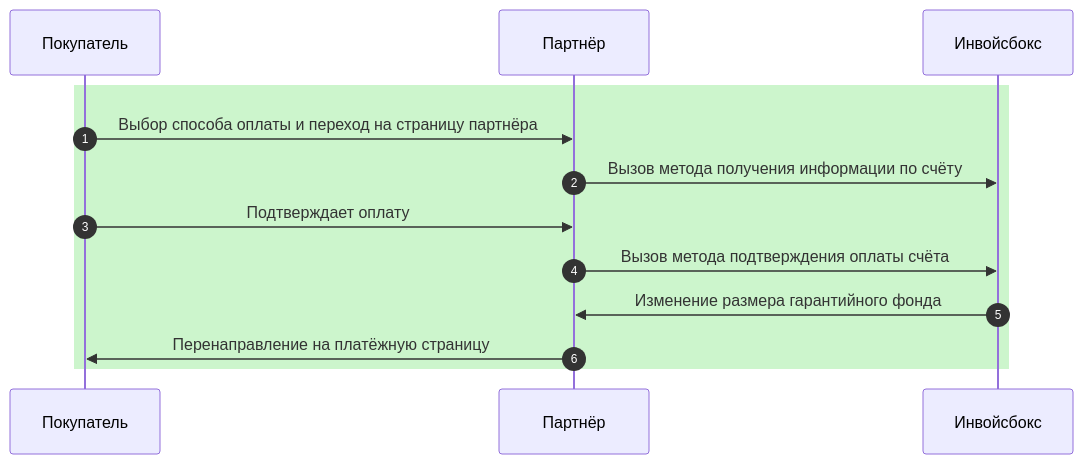
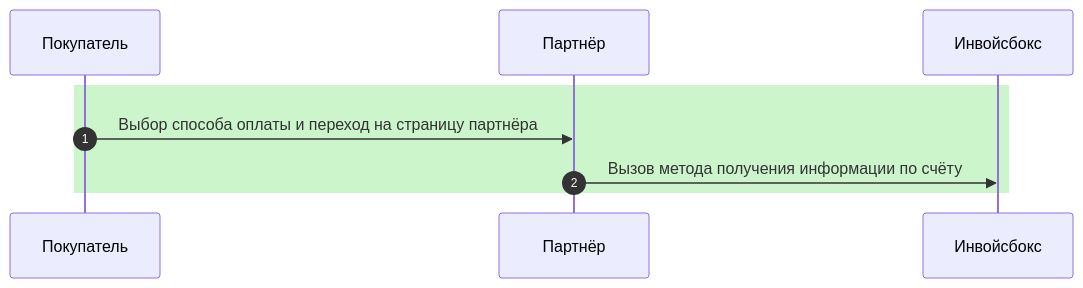
Before and after one commit to YIGRIKY/invoicebox-docs: the diagram in docs/business/schema.md, drawn with Mermaid. The commit also changed other lines of this file and 1 other file, not shown here.

Commit message:
Scheme fix update

```diff
--- a/docs/business/schema.md
+++ b/docs/business/schema.md
@@ -10,15 +10,11 @@
 <div class="mermaid">
 sequenceDiagram
     autonumber
     participant Покупатель
     participant Партнёр
     participant Инвойсбокс
     rect rgb(204, 245, 204)
       Покупатель->>Партнёр: Выбор способа оплаты и переход на страницу партнёра
       Партнёр->>Инвойсбокс: Вызов метода получения информации по счёту
-      Покупатель->>Партнёр: Подтверждает оплату
-      Партнёр->>Инвойсбокс: Вызов метода подтверждения оплаты счёта
-      Инвойсбокс->>Партнёр: Изменение размера гарантийного фонда
-      Партнёр->>Покупатель: Перенаправление на платёжную страницу
     end
 </div>
```
